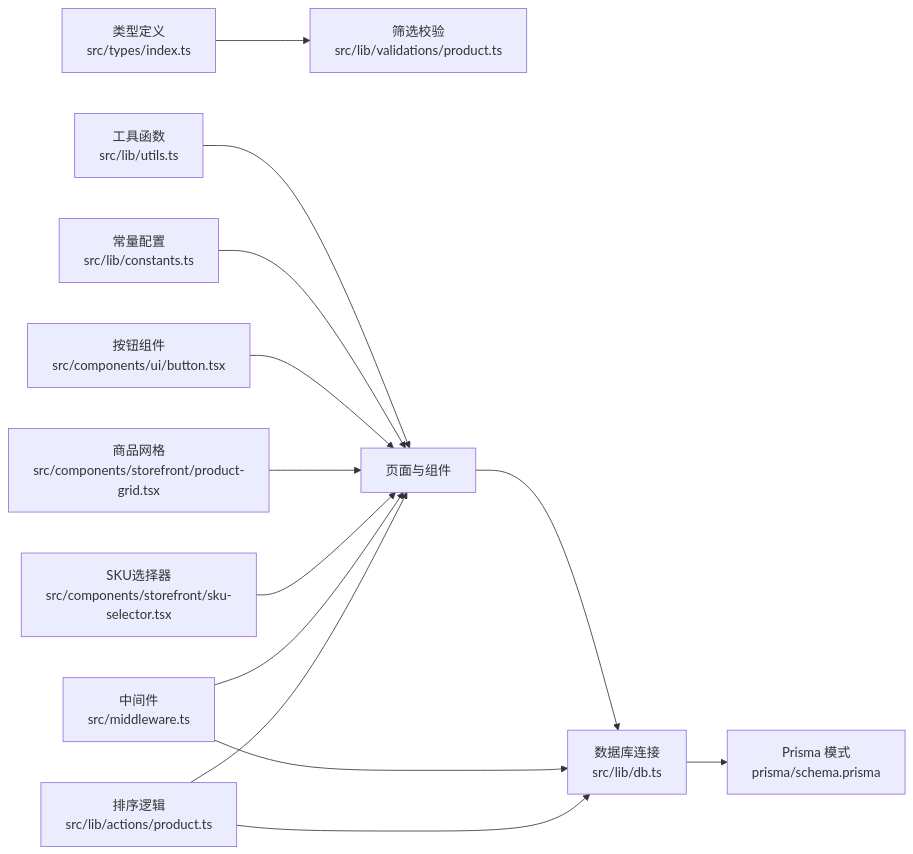
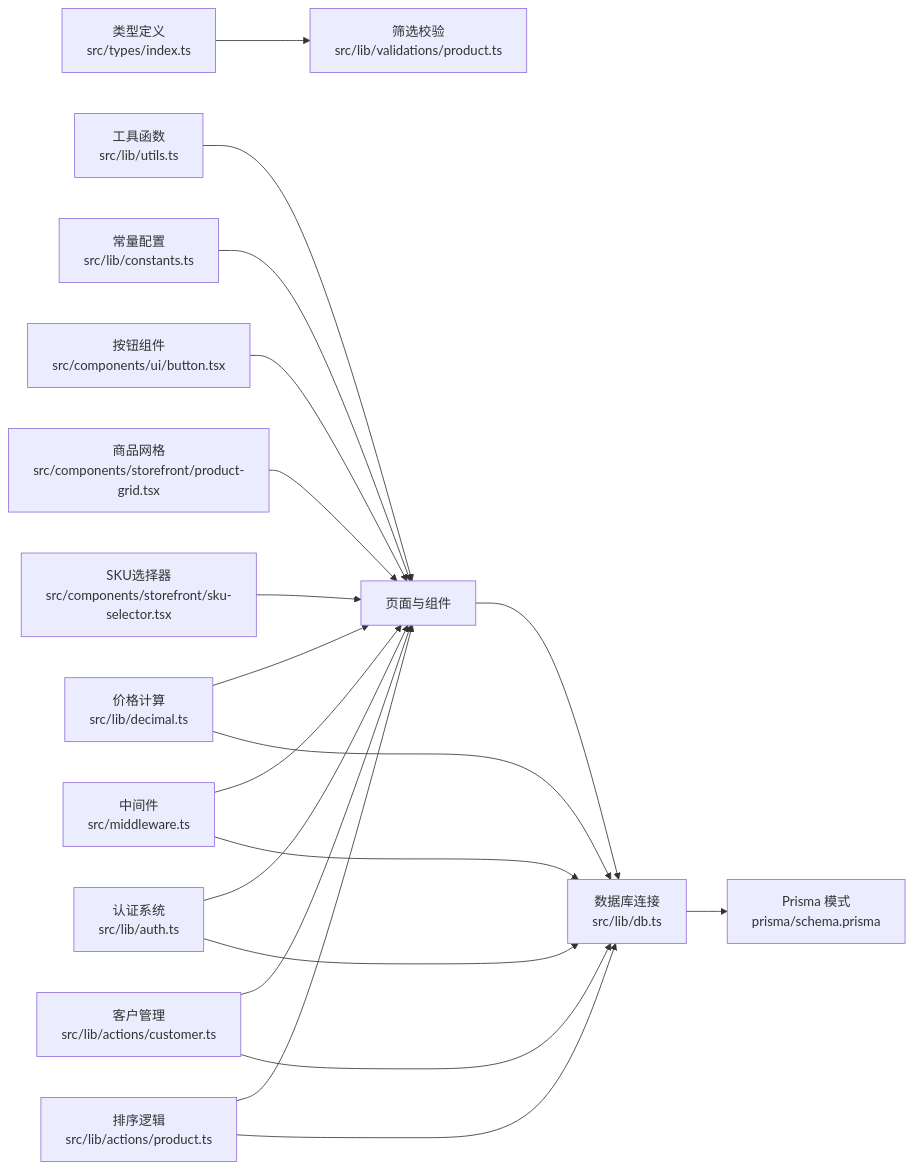
The ninth of 9 diagrams in .qoder/repowiki/zh/content/前台商店系统/商品展示系统/商品展示系统.md (three3638-arch/celestia_2b), drawn with Mermaid before and after one commit. The commit also changed other lines of this file and 6 other files, not shown here.

````diff
--- a/.qoder/repowiki/zh/content/前台商店系统/商品展示系统/商品展示系统.md
+++ b/.qoder/repowiki/zh/content/前台商店系统/商品展示系统/商品展示系统.md
@@ -507,15 +658,21 @@
 ```mermaid
 graph LR
 DB["数据库连接<br/>src/lib/db.ts"] --> PRISMA["Prisma 模式<br/>prisma/schema.prisma"]
 TYPES["类型定义<br/>src/types/index.ts"] --> VALID["筛选校验<br/>src/lib/validations/product.ts"]
 UTILS["工具函数<br/>src/lib/utils.ts"] --> UI["页面与组件"]
 CONST["常量配置<br/>src/lib/constants.ts"] --> UI
+DEC["价格计算<br/>src/lib/decimal.ts"] --> UI
 BTN["按钮组件<br/>src/components/ui/button.tsx"] --> UI
 GRID["商品网格<br/>src/components/storefront/product-grid.tsx"] --> UI
 SKU["SKU选择器<br/>src/components/storefront/sku-selector.tsx"] --> UI
 MW["中间件<br/>src/middleware.ts"] --> UI
+AUTH["认证系统<br/>src/lib/auth.ts"] --> UI
+CUSTOMER["客户管理<br/>src/lib/actions/customer.ts"] --> UI
 END["排序逻辑<br/>src/lib/actions/product.ts"] --> UI
 UI --> DB
 MW --> DB
+AUTH --> DB
+CUSTOMER --> DB
 END --> DB
+DEC --> DB
 ```
````
